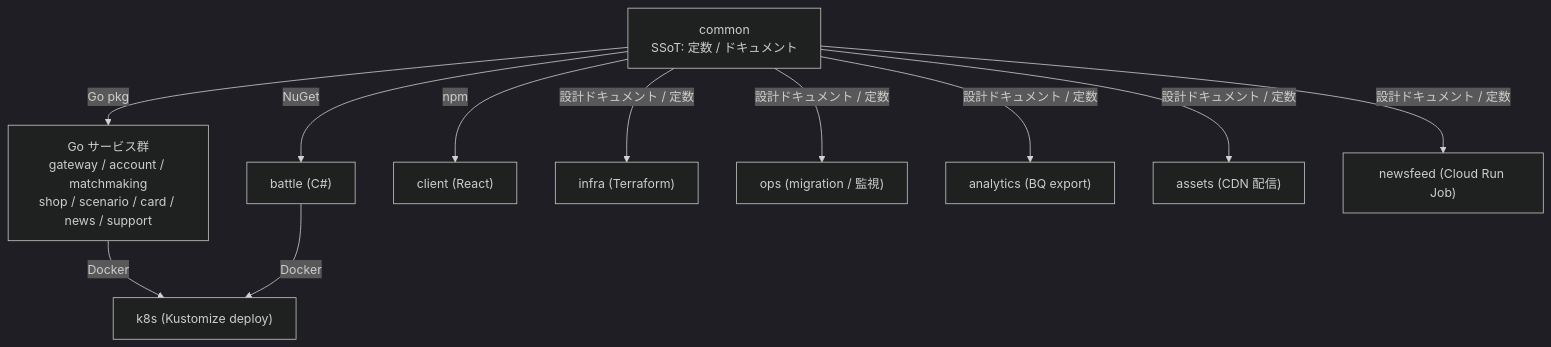
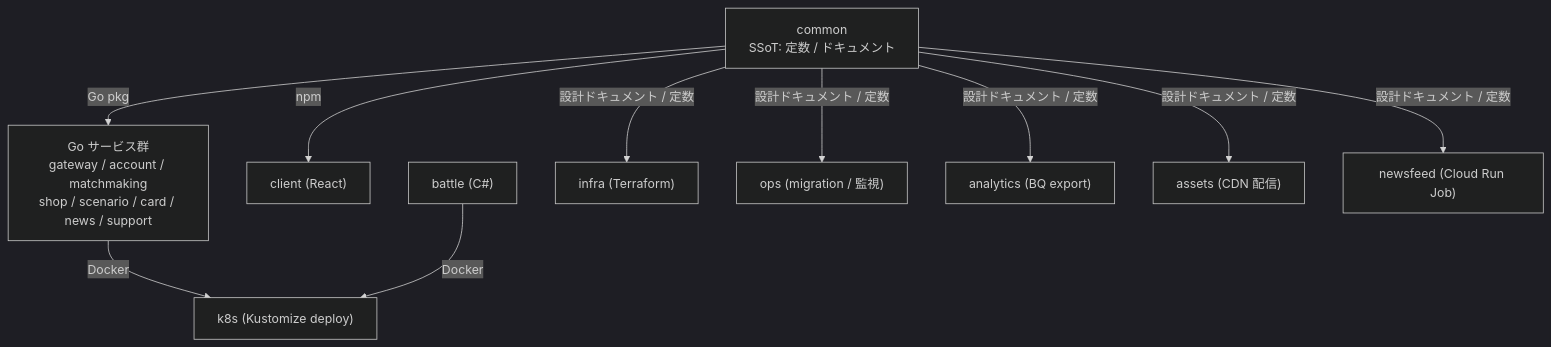
One commit to kenyamaneko/overload-party-common changed the first of 2 diagrams in docs/architecture/SYSTEM_OVERVIEW.md. Above: the diagram before and after it, drawn with Mermaid (dark theme). The commit also changed other lines of this file and 3 other files, not shown here.

First line of the commit message:
docs(architecture): ADR-033 / 034 / 036 / 037 / 038 を architecture docs に反映 (#71)

````diff
--- a/docs/architecture/SYSTEM_OVERVIEW.md
+++ b/docs/architecture/SYSTEM_OVERVIEW.md
@@ -85,19 +89,19 @@
 ```mermaid
 graph TD
     common["common<br/>SSoT: 定数 / ドキュメント"]
 
     common -->|"Go pkg"| gosvcs["Go サービス群<br/>gateway / account / matchmaking<br/>shop / scenario / card / news / support"]
-    common -->|"NuGet"| battle["battle (C#)"]
     common -->|"npm"| client["client (React)"]
+    battle["battle (C#)"]
 
     gosvcs -->|Docker| k8s["k8s (Kustomize deploy)"]
     battle -->|Docker| k8s
 
     infra["infra (Terraform)"]
     ops["ops (migration / 監視)"]
     analytics["analytics (BQ export)"]
     assets["assets (CDN 配信)"]
     newsfeed["newsfeed (Cloud Run Job)"]
 
     common -->|"設計ドキュメント / 定数"| infra & ops & analytics & assets & newsfeed
 ```
````
